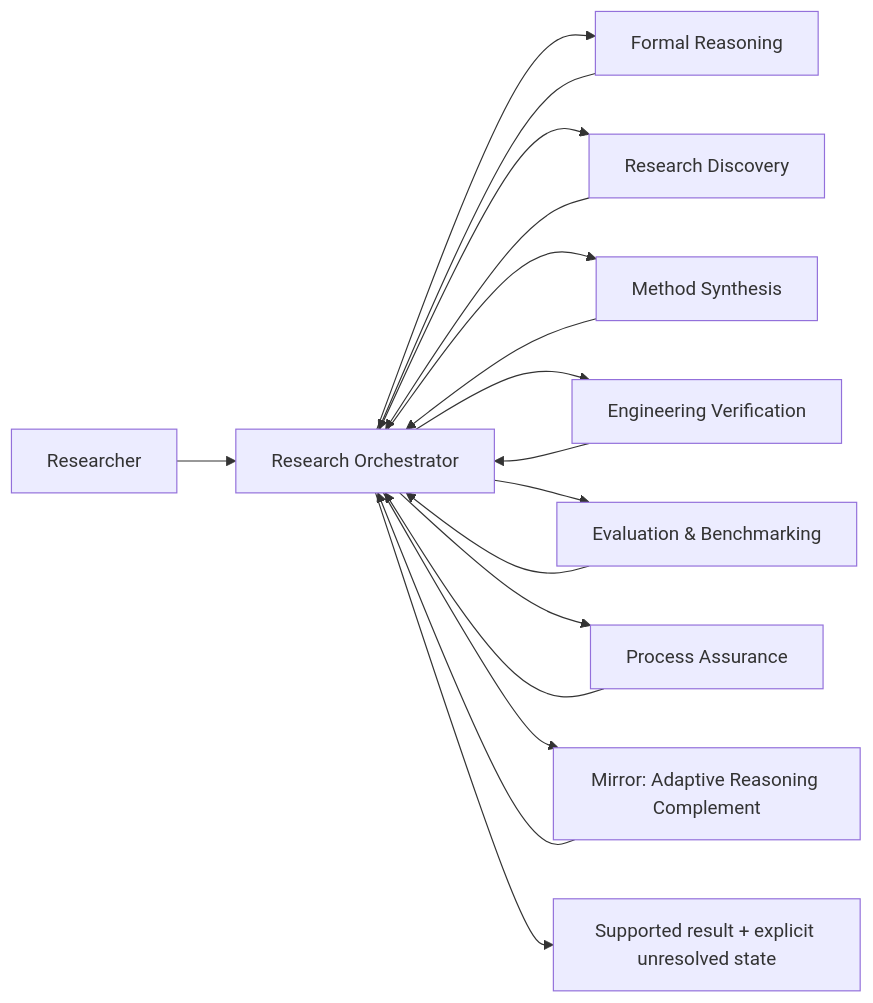
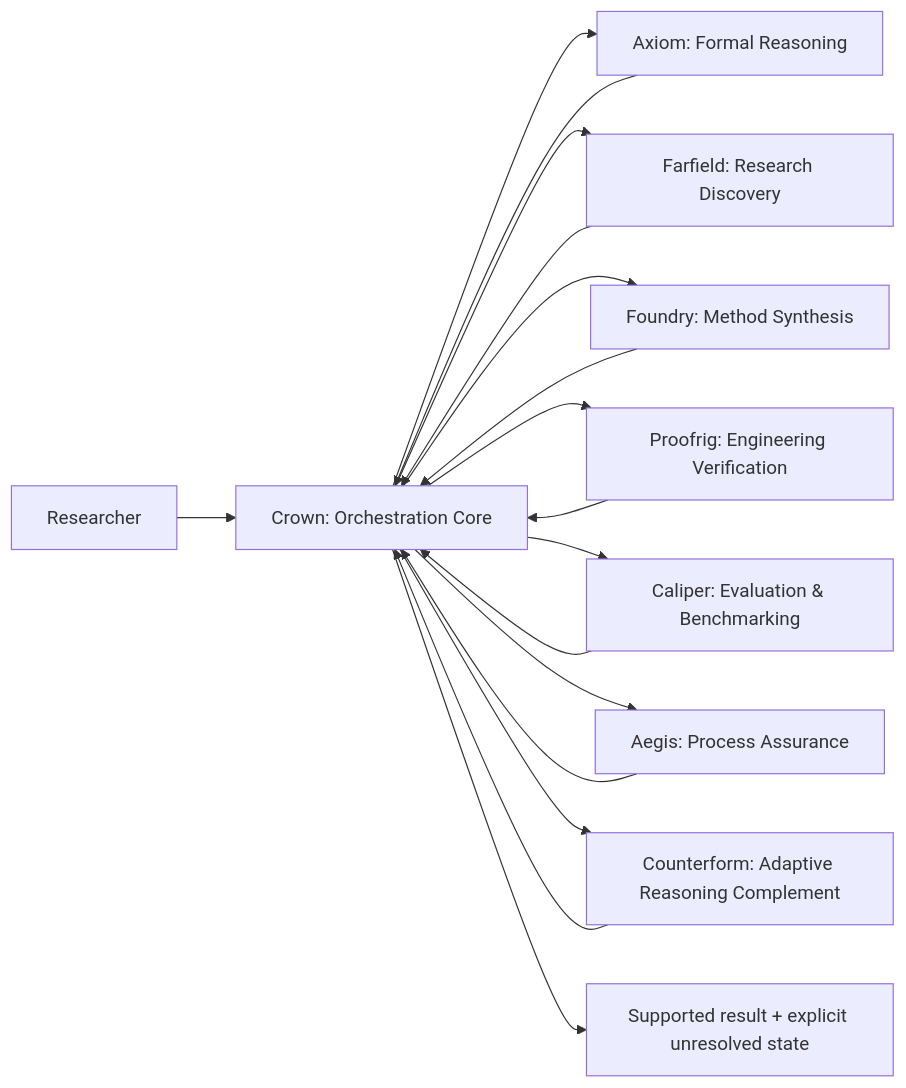
One commit to Kitahl/The-Gauntlet changed the diagram in README.md. Above: the diagram before and after it, drawn with Mermaid. The commit also changed other lines of this file and 71 other files, not shown here.

````diff
--- a/README.md
+++ b/README.md
@@ -140,19 +141,19 @@
 ```mermaid
 flowchart LR
-    U[Researcher] --> O[Research Orchestrator]
-    O --> F[Formal Reasoning]
-    O --> D[Research Discovery]
-    O --> S[Method Synthesis]
-    O --> E[Engineering Verification]
-    O --> B[Evaluation & Benchmarking]
-    O --> P[Process Assurance]
-    O --> A[Mirror: Adaptive Reasoning Complement]
+    U[Researcher] --> O[Crown: Orchestration Core]
+    O --> F[Axiom: Formal Reasoning]
+    O --> D[Farfield: Research Discovery]
+    O --> S[Foundry: Method Synthesis]
+    O --> E[Proofrig: Engineering Verification]
+    O --> B[Caliper: Evaluation & Benchmarking]
+    O --> P[Aegis: Process Assurance]
+    O --> A[Counterform: Adaptive Reasoning Complement]
     P --> O
     A --> O
     F --> O
     D --> O
     S --> O
     E --> O
     B --> O
     O --> R[Supported result + explicit unresolved state]
 ```
````
